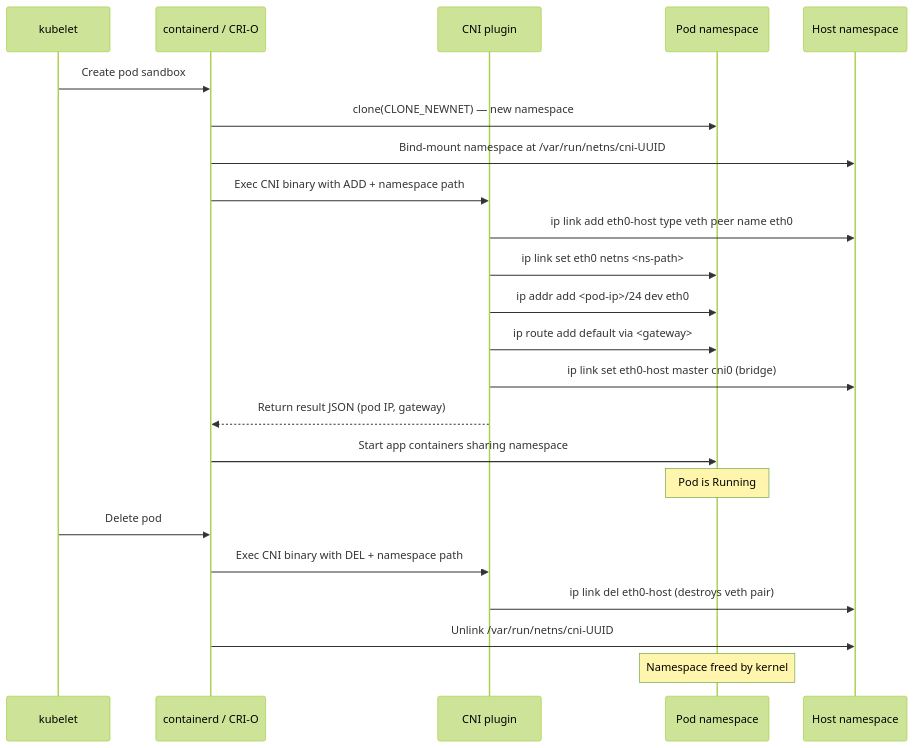
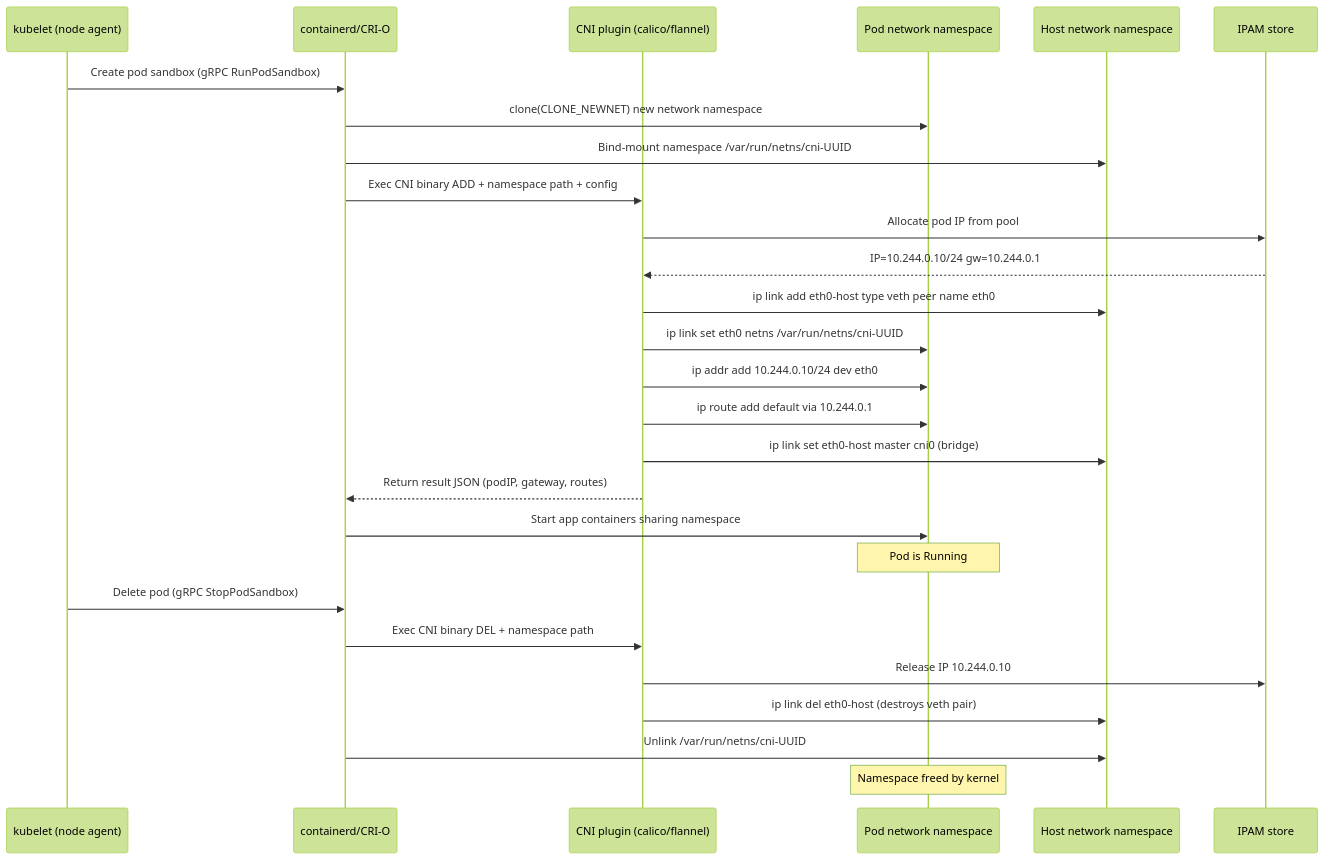
Before and after one commit to MykolaLebid/Kubernetes_networking_engineering: the second of 2 diagrams in lessons/04-network-namespaces-deep-dive.md, drawn with Mermaid (forest theme). The commit also changed other lines of this file and 35 other files, not shown here.

First line of the commit message:
Restructure all 34 lessons: Theory/Practice split, richer diagrams, industry examples, navigation

````diff
--- a/lessons/04-network-namespaces-deep-dive.md
+++ b/lessons/04-network-namespaces-deep-dive.md
@@ -174,26 +144,30 @@
 ```mermaid
 sequenceDiagram
-    participant K as kubelet
-    participant CRI as containerd / CRI-O
-    participant CNI as CNI plugin
-    participant NS as Pod namespace
-    participant HOST as Host namespace
+    participant K as kubelet (node agent)
+    participant CRI as containerd/CRI-O
+    participant CNI as CNI plugin (calico/flannel)
+    participant NS as Pod network namespace
+    participant HOST as Host network namespace
+    participant IPAM as IPAM store
 
-    K->>CRI: Create pod sandbox
-    CRI->>NS: clone(CLONE_NEWNET) — new namespace
-    CRI->>HOST: Bind-mount namespace at /var/run/netns/cni-UUID
-    CRI->>CNI: Exec CNI binary with ADD + namespace path
+    K->>CRI: Create pod sandbox (gRPC RunPodSandbox)
+    CRI->>NS: clone(CLONE_NEWNET) new network namespace
+    CRI->>HOST: Bind-mount namespace /var/run/netns/cni-UUID
+    CRI->>CNI: Exec CNI binary ADD + namespace path + config
+    CNI->>IPAM: Allocate pod IP from pool
+    IPAM-->>CNI: IP=10.244.0.10/24 gw=10.244.0.1
     CNI->>HOST: ip link add eth0-host type veth peer name eth0
-    CNI->>NS: ip link set eth0 netns <ns-path>
-    CNI->>NS: ip addr add <pod-ip>/24 dev eth0
-    CNI->>NS: ip route add default via <gateway>
+    CNI->>NS: ip link set eth0 netns /var/run/netns/cni-UUID
+    CNI->>NS: ip addr add 10.244.0.10/24 dev eth0
+    CNI->>NS: ip route add default via 10.244.0.1
     CNI->>HOST: ip link set eth0-host master cni0 (bridge)
-    CNI-->>CRI: Return result JSON (pod IP, gateway)
+    CNI-->>CRI: Return result JSON (podIP, gateway, routes)
     CRI->>NS: Start app containers sharing namespace
     Note over NS: Pod is Running
-    K->>CRI: Delete pod
-    CRI->>CNI: Exec CNI binary with DEL + namespace path
+    K->>CRI: Delete pod (gRPC StopPodSandbox)
+    CRI->>CNI: Exec CNI binary DEL + namespace path
+    CNI->>IPAM: Release IP 10.244.0.10
     CNI->>HOST: ip link del eth0-host (destroys veth pair)
     CRI->>HOST: Unlink /var/run/netns/cni-UUID
     Note over NS: Namespace freed by kernel
 ```
````
